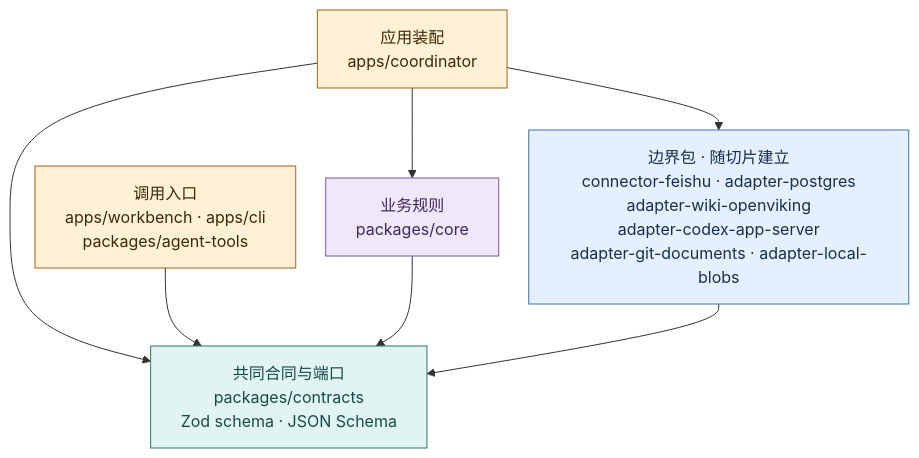
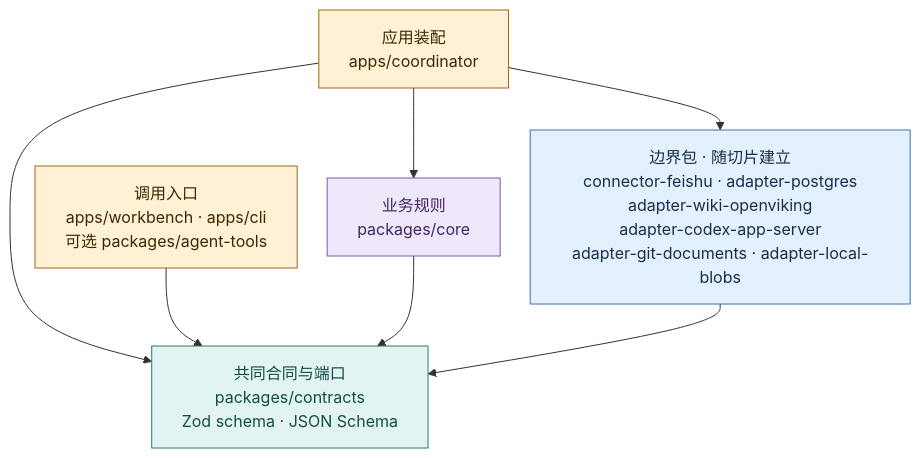
Before and after one commit to cyl19970726/evoLoop: the third of 3 diagrams in docs/architecture/packages.md, drawn with Mermaid. The commit also changed other lines of this file and 27 other files, not shown here.

Commit message:
feat: add agent business skill and recoverable CLI workflow

````diff
--- a/docs/architecture/packages.md
+++ b/docs/architecture/packages.md
@@ -88,19 +88,19 @@
 ```mermaid
 %%{init: {"flowchart":{"wrappingWidth":320,"nodeSpacing":30,"rankSpacing":42}}}%%
 flowchart TB
   D["应用装配<br/>apps/coordinator"]:::app
-  C["调用入口<br/>apps/workbench · apps/cli<br/>packages/agent-tools"]:::app
+  C["调用入口<br/>apps/workbench · apps/cli<br/>可选 packages/agent-tools"]:::app
   K["业务规则<br/>packages/core"]:::core
   A["边界包 · 随切片建立<br/>connector-feishu · adapter-postgres<br/>adapter-wiki-openviking<br/>adapter-codex-app-server<br/>adapter-git-documents · adapter-local-blobs"]:::adapter
   P["共同合同与端口<br/>packages/contracts<br/>Zod schema · JSON Schema"]:::port
   D --> K
   D --> A
   D --> P
   C --> P
   K --> P
   A --> P
   classDef app fill:#FFF1D6,stroke:#A86412,color:#402700
   classDef core fill:#EFE7FA,stroke:#8056A8,color:#40275D
   classDef port fill:#E2F4F2,stroke:#297A73,color:#154B47
   classDef adapter fill:#E5F0FF,stroke:#4270A8,color:#172F4B
 ```
````
